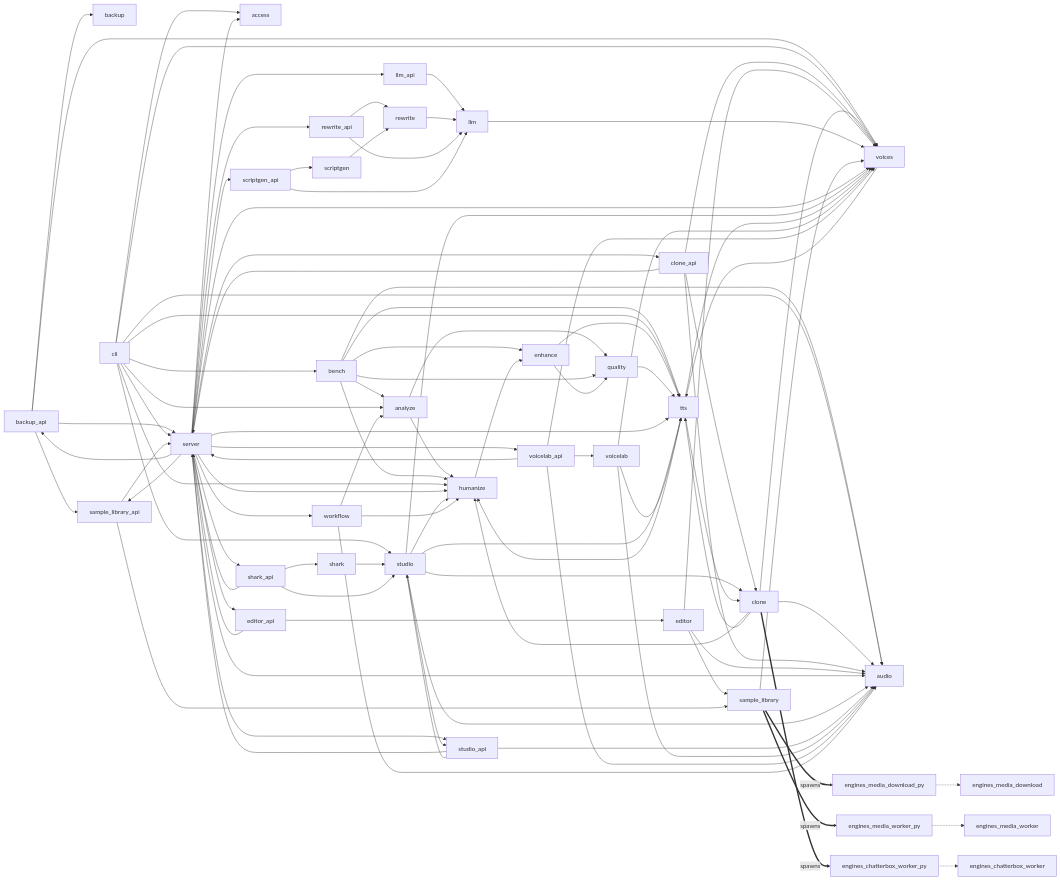
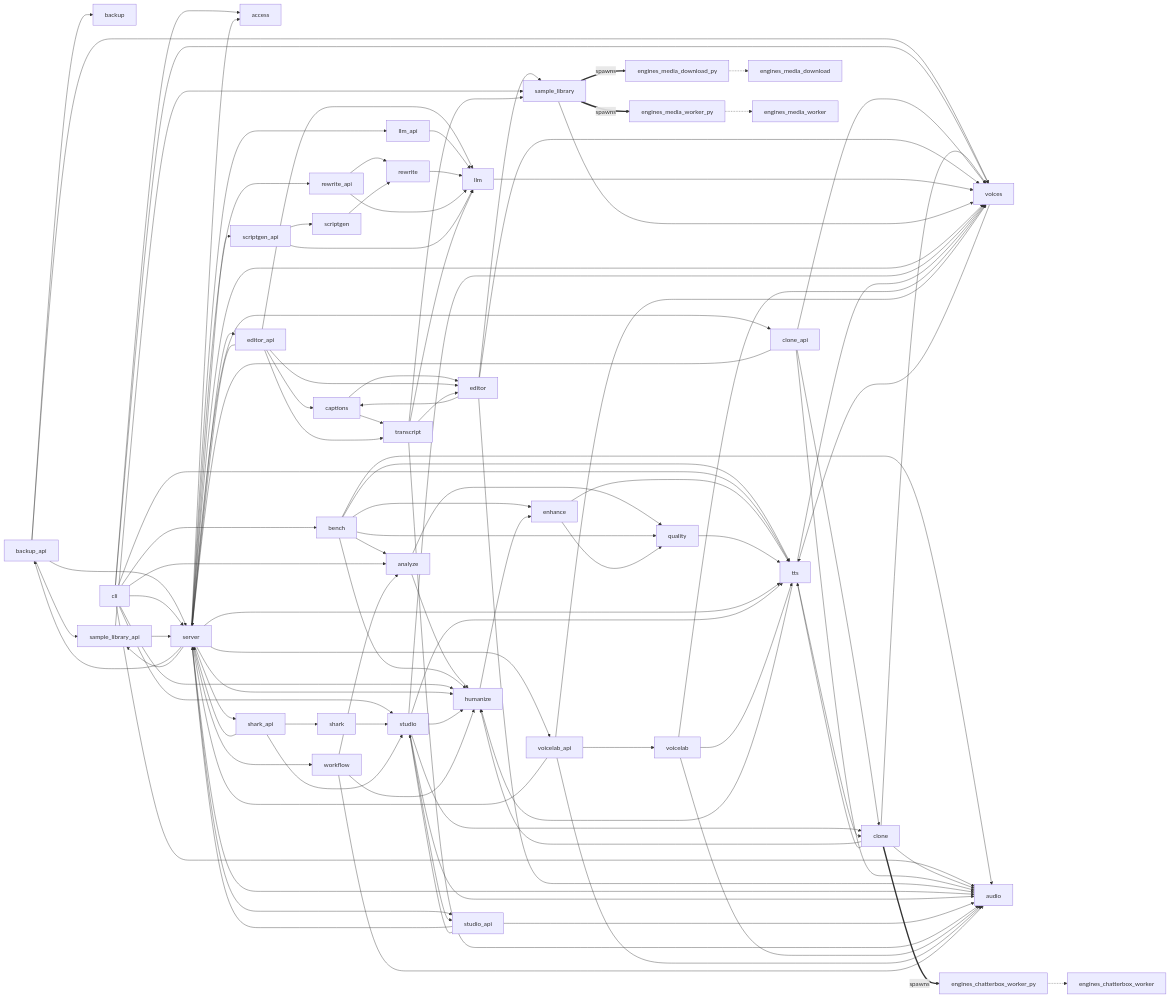
Before and after one commit to g-baskin/voice-studio: the diagram in library/knowledge/private/codebase-graph/meta/code-graph.md, drawn with Mermaid. The commit also changed other lines of this file and 75 other files, not shown here.

Commit message:
Add Editor Shorts: local transcripts, filler cleanup, burned-in captions and hook finder

```diff
--- a/library/knowledge/private/codebase-graph/meta/code-graph.md
+++ b/library/knowledge/private/codebase-graph/meta/code-graph.md
@@ -53,6 +53,8 @@
   bench --> humanize
   bench --> quality
   bench --> tts
+  captions --> editor
+  captions --> transcript
   cli --> access
   cli --> analyze
   cli --> audio
@@ -72,10 +74,14 @@
   clone_api --> server
   clone_api --> voices
   editor --> audio
+  editor --> captions
   editor --> sample_library
   editor --> voices
+  editor_api --> captions
   editor_api --> editor
+  editor_api --> llm
   editor_api --> server
+  editor_api --> transcript
   enhance --> quality
   enhance --> tts
   humanize --> enhance
@@ -122,6 +128,10 @@
   studio_api --> audio
   studio_api --> server
   studio_api --> studio
+  transcript --> audio
+  transcript --> editor
+  transcript --> llm
+  transcript --> sample_library
   tts --> clone
   tts --> humanize
   tts --> voices
```
